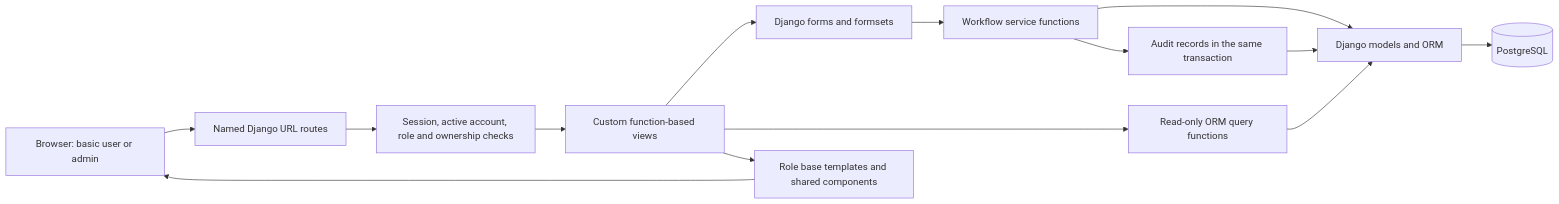
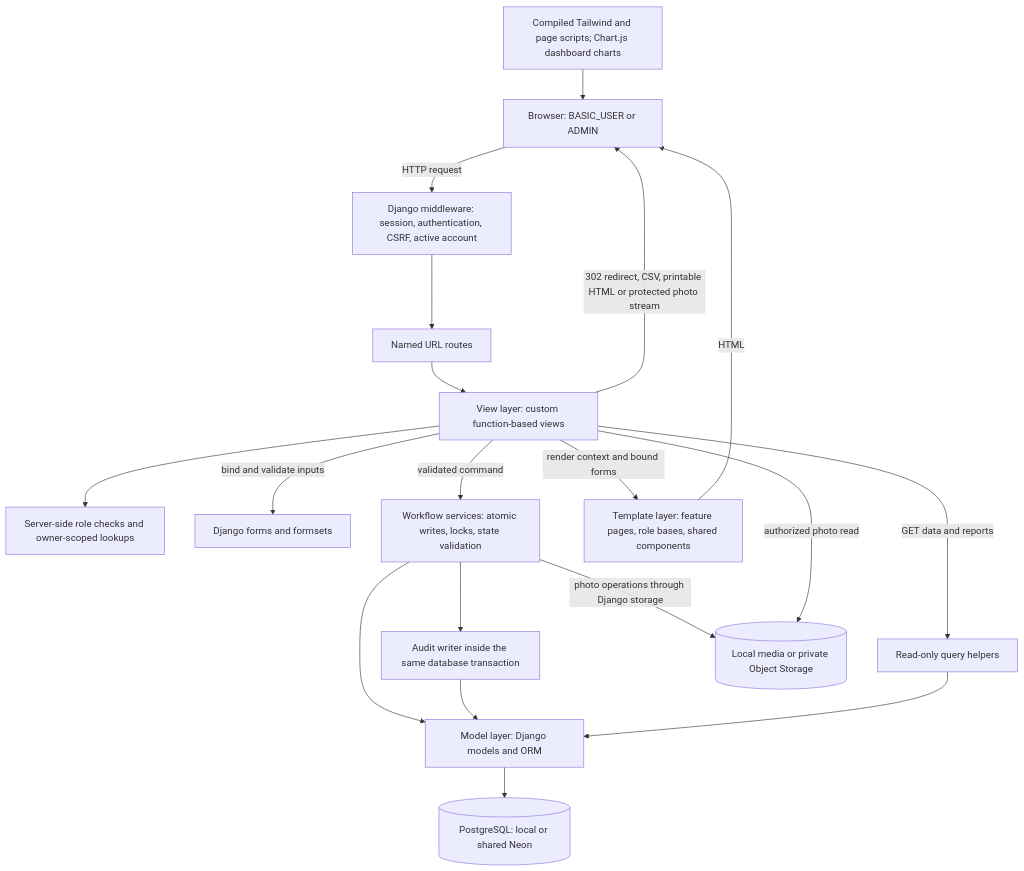
The first of 3 diagrams in docs/architecture.md (javecilla/Campus-Equipment-Borrowing-System), drawn with Mermaid before and after one commit. The commit also changed other lines of this file and 8 other files, not shown here.

First line of the commit message:
docs: reconcile T25 diagram references with implementation

````diff
--- a/docs/architecture.md
+++ b/docs/architecture.md
@@ -41,16 +41,21 @@
 ```mermaid
-flowchart LR
-    Browser[Browser: basic user or admin] --> Router[Named Django URL routes]
-    Router --> Checks[Session, active account, role and ownership checks]
-    Checks --> Views[Custom function-based views]
-    Views --> Forms[Django forms and formsets]
-    Forms --> Services[Workflow service functions]
-    Services --> Models[Django models and ORM]
-    Models --> Database[(PostgreSQL)]
-    Services --> Audit[Audit records in the same transaction]
+flowchart TB
+    Browser["Browser: BASIC_USER or ADMIN"] -->|HTTP request| Middleware["Django middleware: session, authentication, CSRF, active account"]
+    Middleware --> Router["Named URL routes"]
+    Router --> Views["View layer: custom function-based views"]
+    Views --> Access["Server-side role checks and owner-scoped lookups"]
+    Views -->|bind and validate inputs| Forms["Django forms and formsets"]
+    Views -->|validated command| Services["Workflow services: atomic writes, locks, state validation"]
+    Views -->|GET data and reports| Queries["Read-only query helpers"]
+    Services --> Models["Model layer: Django models and ORM"]
+    Services --> Audit["Audit writer inside the same database transaction"]
     Audit --> Models
-    Views --> Queries[Read-only ORM query functions]
     Queries --> Models
-    Views --> Templates[Role base templates and shared components]
-    Templates --> Browser
+    Models --> Database[("PostgreSQL: local or shared Neon")]
+    Views -->|render context and bound forms| Templates["Template layer: feature pages, role bases, shared components"]
+    Templates -->|HTML| Browser
+    Views -->|302 redirect, CSV, printable HTML or protected photo stream| Browser
+    Services -->|photo operations through Django storage| Storage[("Local media or private Object Storage")]
+    Views -->|authorized photo read| Storage
+    Assets["Compiled Tailwind and page scripts; Chart.js dashboard charts"] --> Browser
 ```
````
